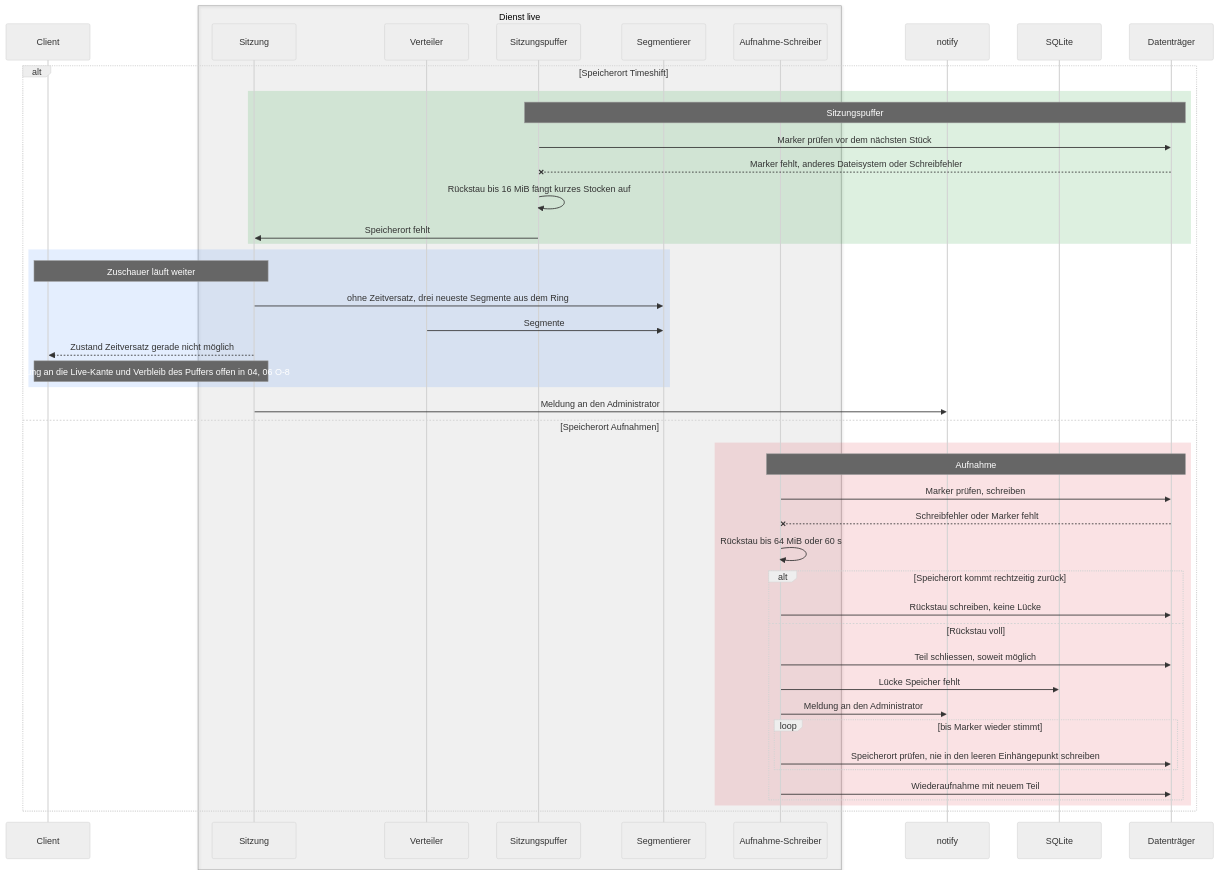
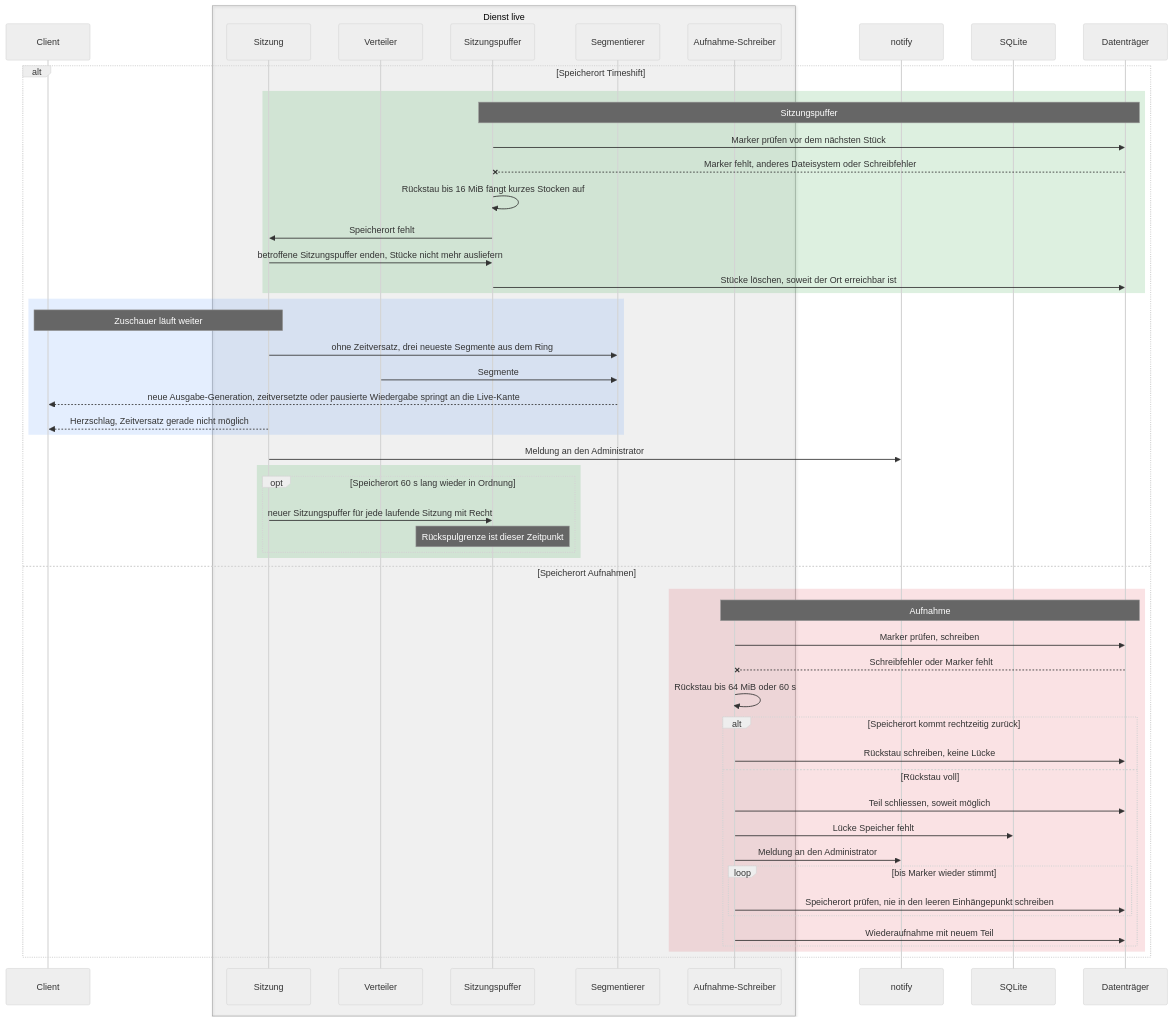
One commit to SlouchCat/slouchcat changed diagram 14 of 22 in docs/planning/28-live-tv/06-ablaeufe.md. Above: the diagram before and after it, drawn with Mermaid (neutral theme). The commit also changed other lines of this file, not shown here.

Commit message:
docs(planning): concept 28 live TV, flows after consolidation 1

````diff
--- a/docs/planning/28-live-tv/06-ablaeufe.md
+++ b/docs/planning/28-live-tv/06-ablaeufe.md
@@ -1015,50 +1072,58 @@
 ```mermaid
 sequenceDiagram
   participant CL as Client
   box rgba(128,128,128,0.08) Dienst live
     participant SES as Sitzung
     participant VT as Verteiler
     participant SP as Sitzungspuffer
     participant SEG as Segmentierer
     participant AUF as Aufnahme-Schreiber
   end
   participant NTF as notify
   participant DB as SQLite
   participant DSK as Datenträger
 
   alt Speicherort Timeshift
     rect rgba(46,160,67,0.16)
       Note over SP,DSK: Sitzungspuffer
       SP->>DSK: Marker prüfen vor dem nächsten Stück
       DSK--xSP: Marker fehlt, anderes Dateisystem oder Schreibfehler
       SP->>SP: Rückstau bis 16 MiB fängt kurzes Stocken auf
       SP->>SES: Speicherort fehlt
+      SES->>SP: betroffene Sitzungspuffer enden, Stücke nicht mehr ausliefern
+      SP->>DSK: Stücke löschen, soweit der Ort erreichbar ist
     end
     rect rgba(66,135,245,0.14)
       Note over CL,SES: Zuschauer läuft weiter
       SES->>SEG: ohne Zeitversatz, drei neueste Segmente aus dem Ring
       VT->>SEG: Segmente
-      SES-->>CL: Zustand Zeitversatz gerade nicht möglich
-      Note over SES,CL: Sprung an die Live-Kante und Verbleib des Puffers offen in 04, 06 O-8
+      SEG-->>CL: neue Ausgabe-Generation, zeitversetzte oder pausierte Wiedergabe springt an die Live-Kante
+      SES-->>CL: Herzschlag, Zeitversatz gerade nicht möglich
     end
     SES->>NTF: Meldung an den Administrator
+    rect rgba(46,160,67,0.16)
+      opt Speicherort 60 s lang wieder in Ordnung
+        SES->>SP: neuer Sitzungspuffer für jede laufende Sitzung mit Recht
+        Note over SP: Rückspulgrenze ist dieser Zeitpunkt
+      end
+    end
   else Speicherort Aufnahmen
     rect rgba(220,53,69,0.14)
       Note over AUF,DSK: Aufnahme
       AUF->>DSK: Marker prüfen, schreiben
       DSK--xAUF: Schreibfehler oder Marker fehlt
       AUF->>AUF: Rückstau bis 64 MiB oder 60 s
       alt Speicherort kommt rechtzeitig zurück
         AUF->>DSK: Rückstau schreiben, keine Lücke
       else Rückstau voll
         AUF->>DSK: Teil schliessen, soweit möglich
         AUF->>DB: Lücke Speicher fehlt
         AUF->>NTF: Meldung an den Administrator
         loop bis Marker wieder stimmt
           AUF->>DSK: Speicherort prüfen, nie in den leeren Einhängepunkt schreiben
         end
         AUF->>DSK: Wiederaufnahme mit neuem Teil
       end
     end
   end
 ```
````
